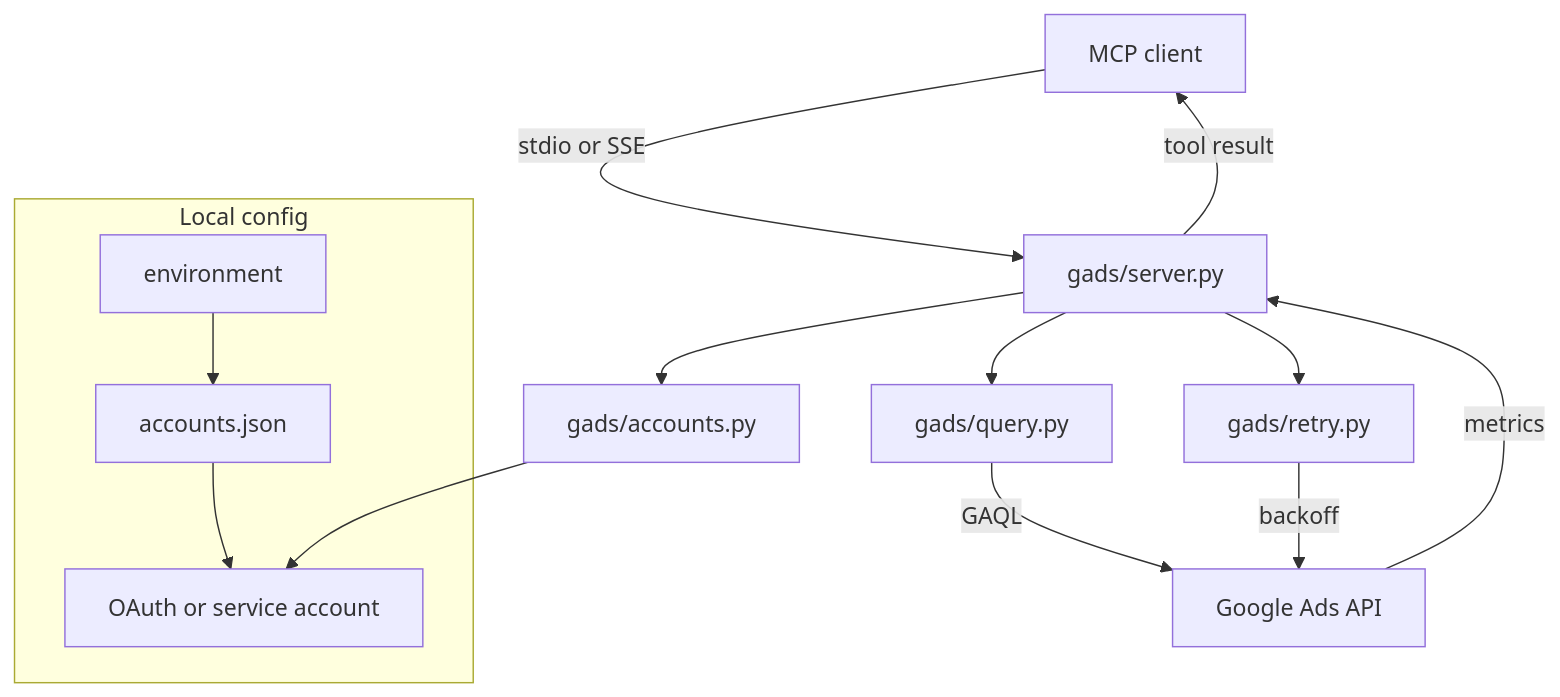
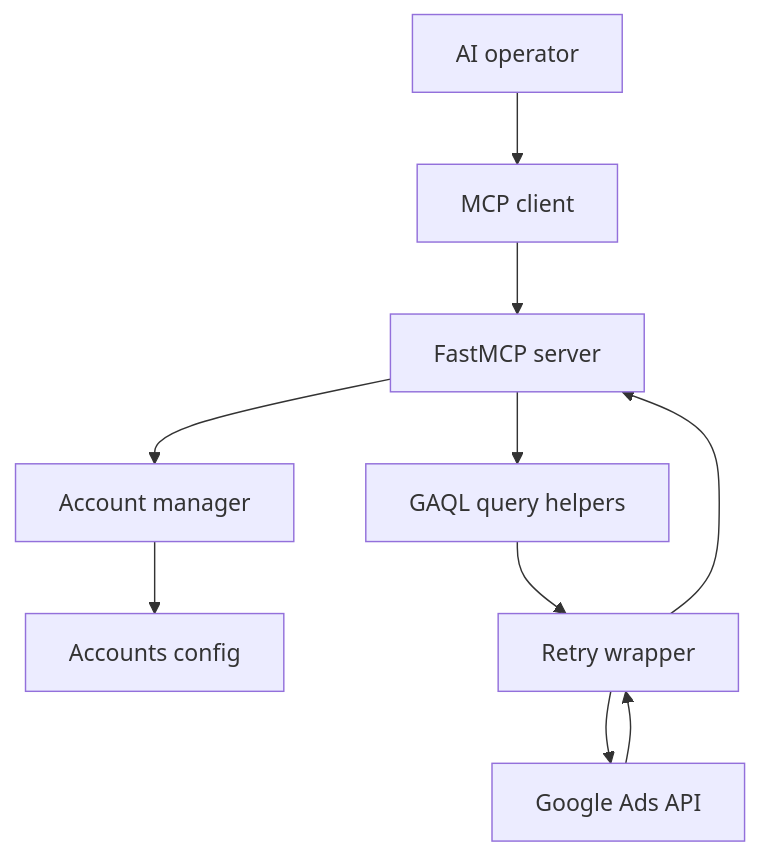
Before and after one commit to apexradius/mcp-google-ads: the first of 2 diagrams in README.md, drawn with Mermaid. The commit also changed other lines of this file and 2 other files, not shown here.

````diff
--- a/README.md
+++ b/README.md
@@ -29,18 +18,11 @@
 ```mermaid
 flowchart TD
-    Client[MCP client] -->|stdio or SSE| Server[gads/server.py]
-
-    subgraph Local config
-        Env[environment] --> Accounts[accounts.json]
-        Accounts --> Auth[OAuth or service account]
-    end
-
-    Server --> AccountsMod[gads/accounts.py]
-    Server --> Query[gads/query.py]
-    Server --> Retry[gads/retry.py]
-    AccountsMod --> Auth
-    Query -->|GAQL| Ads[Google Ads API]
-    Retry -->|backoff| Ads
-    Ads -->|metrics| Server
-    Server -->|tool result| Client
+  U[AI operator] --> C[MCP client]
+  C --> S[FastMCP server]
+  S --> M[Account manager]
+  M --> F[Accounts config]
+  S --> Q[GAQL query helpers]
+  Q --> R[Retry wrapper]
+  R --> A[Google Ads API]
+  A --> R --> S
 ```
````
